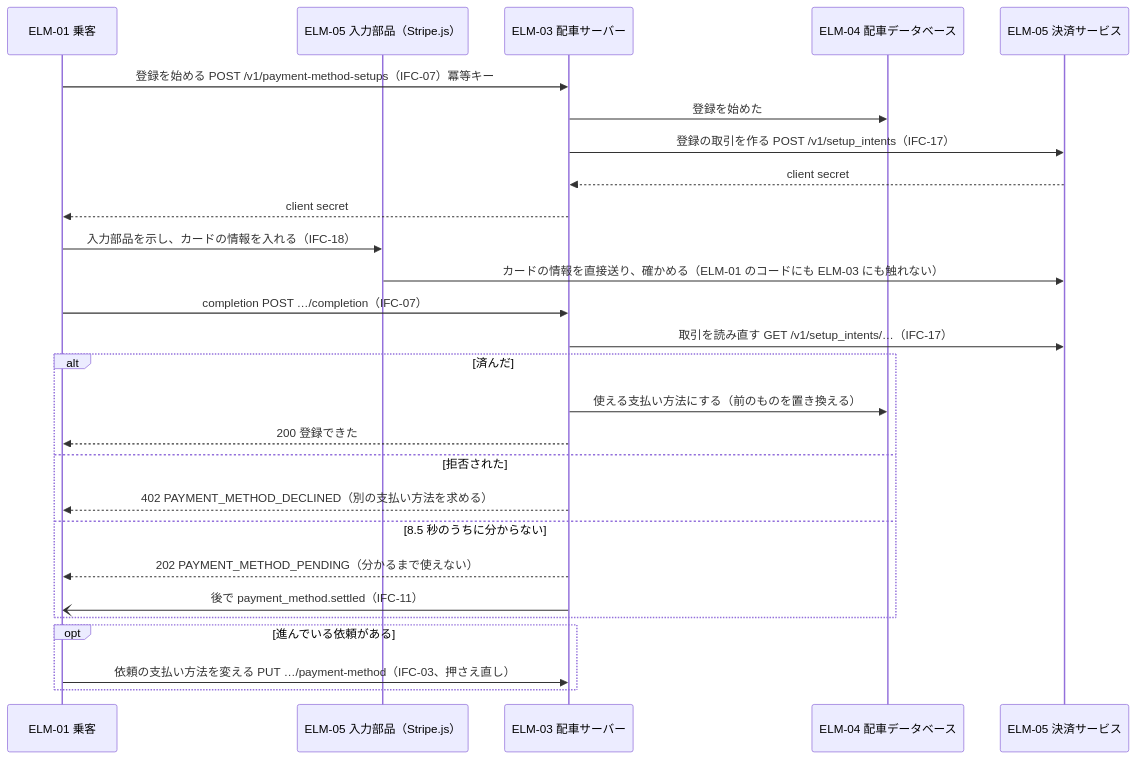
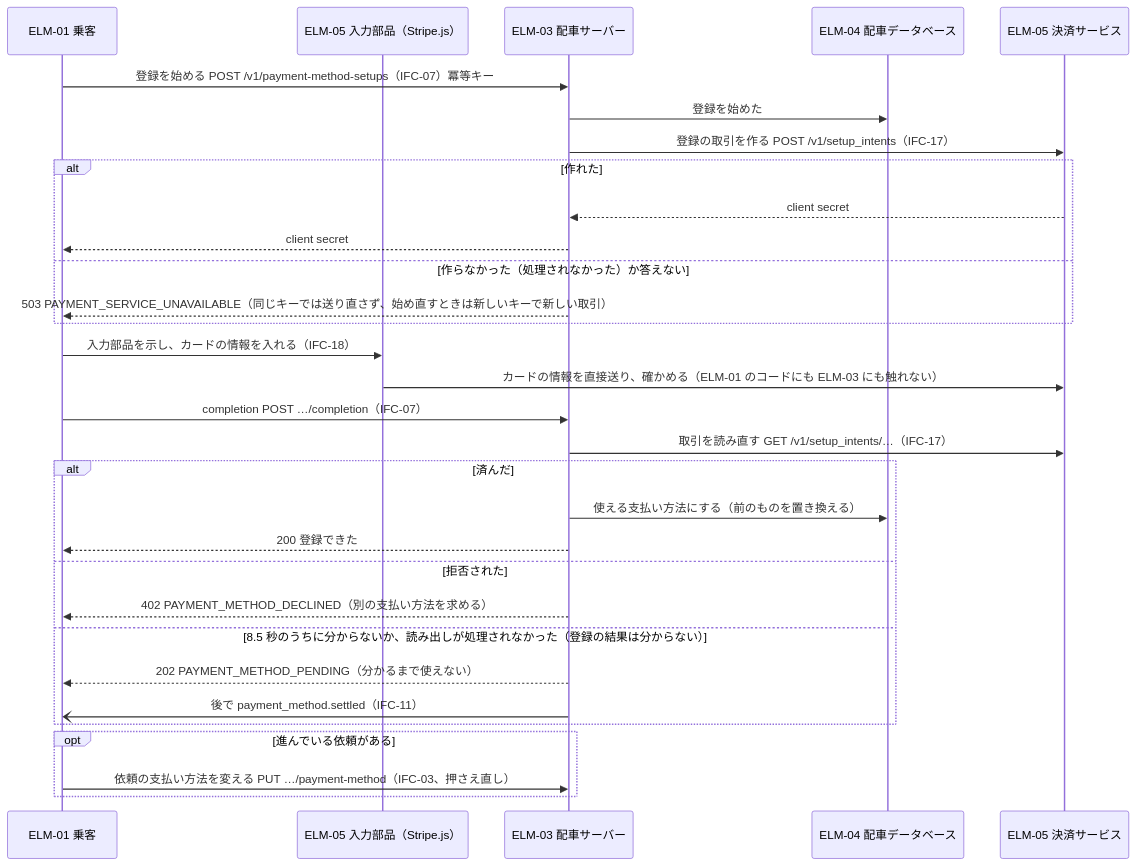
The third of 57 diagrams in docs/design/3-high-level-design.md (Taro000/ride-hailing-app-demo), drawn with Mermaid before and after one commit. The commit also changed other lines of this file and 27 other files, not shown here.

````diff
--- a/docs/design/3-high-level-design.md
+++ b/docs/design/3-high-level-design.md
@@ -240,29 +244,33 @@
 ```mermaid
 sequenceDiagram
   participant P as ELM-01 乗客
   participant SE as ELM-05 入力部品（Stripe.js）
   participant S as ELM-03 配車サーバー
   participant DB as ELM-04 配車データベース
   participant PAY as ELM-05 決済サービス
   P->>S: 登録を始める POST /v1/payment-method-setups（IFC-07）冪等キー
   S->>DB: 登録を始めた
   S->>PAY: 登録の取引を作る POST /v1/setup_intents（IFC-17）
-  PAY-->>S: client secret
-  S-->>P: client secret
+  alt 作れた
+    PAY-->>S: client secret
+    S-->>P: client secret
+  else 作らなかった（処理されなかった）か答えない
+    S-->>P: 503 PAYMENT_SERVICE_UNAVAILABLE（同じキーでは送り直さず、始め直すときは新しいキーで新しい取引）
+  end
   P->>SE: 入力部品を示し、カードの情報を入れる（IFC-18）
   SE->>PAY: カードの情報を直接送り、確かめる（ELM-01 のコードにも ELM-03 にも触れない）
   P->>S: completion POST …/completion（IFC-07）
   S->>PAY: 取引を読み直す GET /v1/setup_intents/…（IFC-17）
   alt 済んだ
     S->>DB: 使える支払い方法にする（前のものを置き換える）
     S-->>P: 200 登録できた
   else 拒否された
     S-->>P: 402 PAYMENT_METHOD_DECLINED（別の支払い方法を求める）
-  else 8.5 秒のうちに分からない
+  else 8.5 秒のうちに分からないか、読み出しが処理されなかった（登録の結果は分からない）
     S-->>P: 202 PAYMENT_METHOD_PENDING（分かるまで使えない）
     S-)P: 後で payment_method.settled（IFC-11）
   end
   opt 進んでいる依頼がある
     P->>S: 依頼の支払い方法を変える PUT …/payment-method（IFC-03、押さえ直し）
   end
 ```
````
